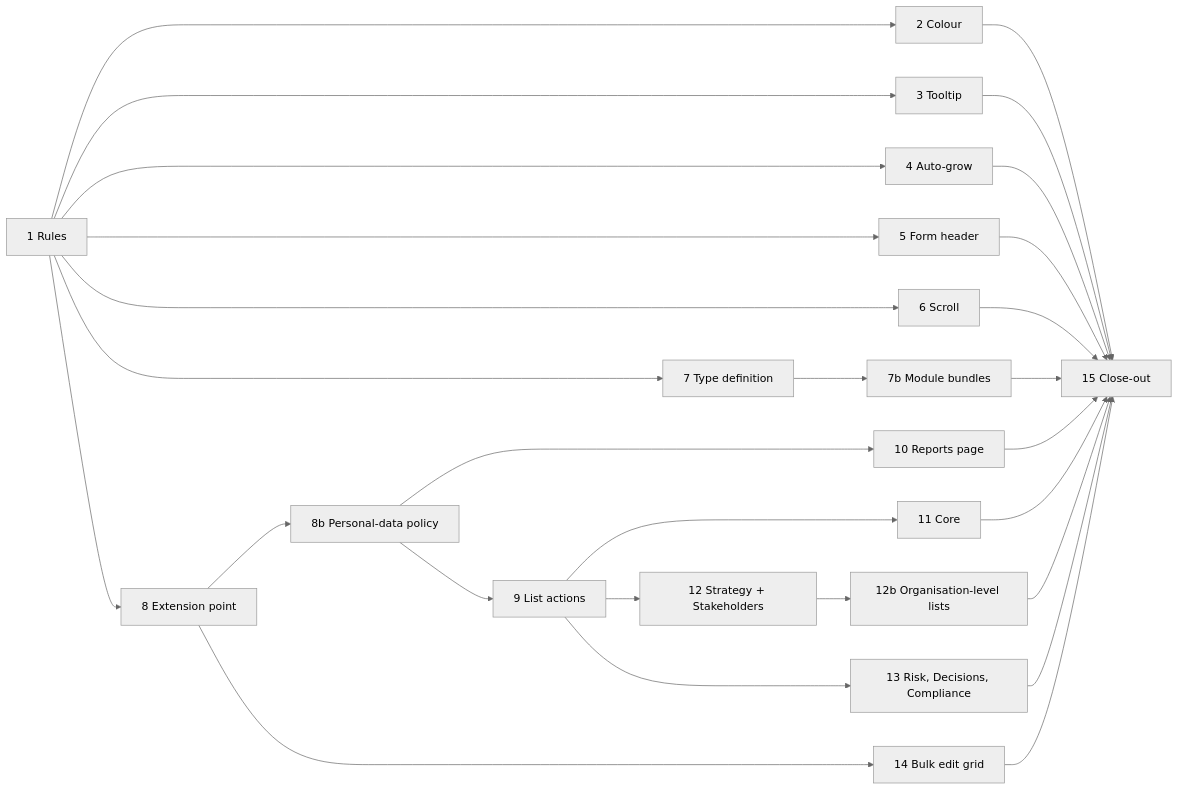
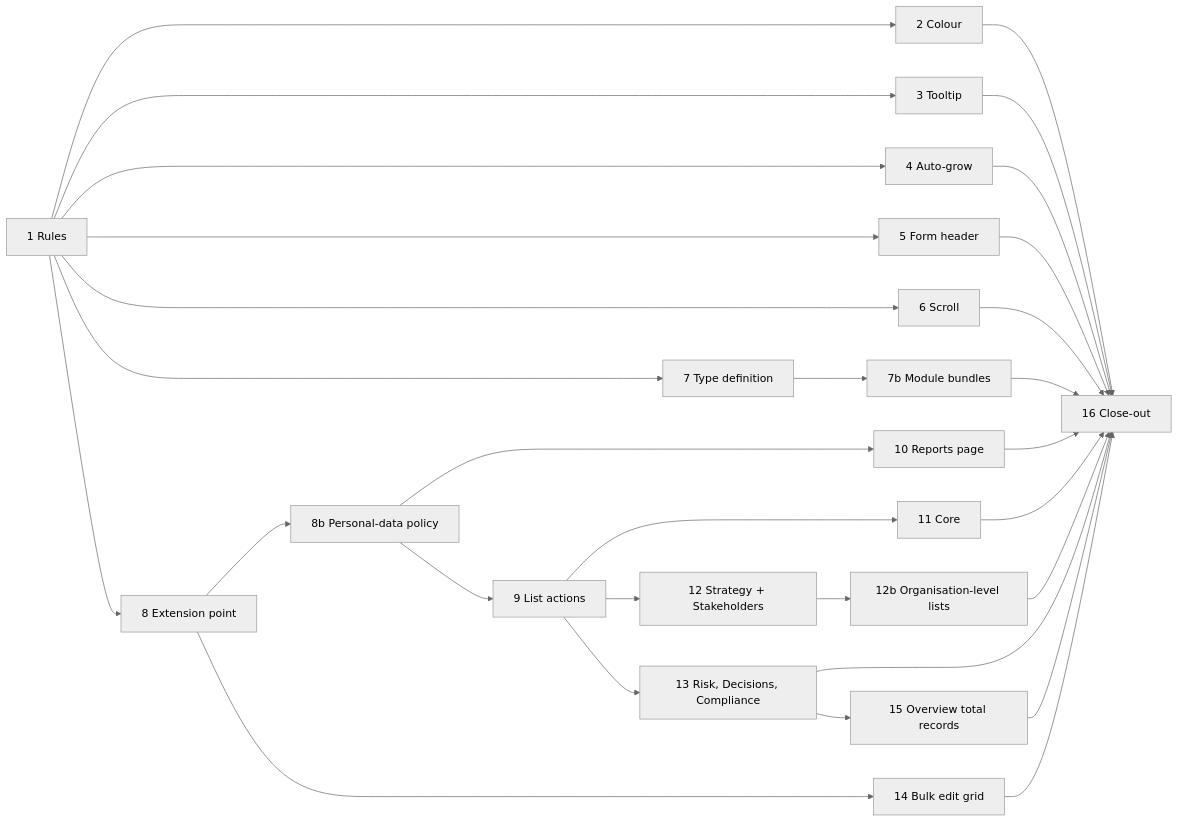
The first of 2 diagrams in docs/plans/list-data-and-form-ux-2026-10-plan.md (ballardr/reqtrackmanager), drawn with Mermaid (neutral theme) before and after one commit. The commit also changed other lines of this file and 42 other files, not shown here.

````diff
--- a/docs/plans/list-data-and-form-ux-2026-10-plan.md
+++ b/docs/plans/list-data-and-form-ux-2026-10-plan.md
@@ -32,30 +33,32 @@
 ```mermaid
 flowchart LR
     P1["1 Rules"] --> P2["2 Colour"]
     P1 --> P3["3 Tooltip"]
     P1 --> P4["4 Auto-grow"]
     P1 --> P5["5 Form header"]
     P1 --> P6["6 Scroll"]
     P1 --> P7["7 Type definition"]
     P7 --> P7b["7b Module bundles"]
     P1 --> P8["8 Extension point"]
     P8 --> P8b["8b Personal-data policy"]
     P8b --> P9["9 List actions"]
     P8b --> P10["10 Reports page"]
     P9 --> P11["11 Core"]
     P9 --> P12["12 Strategy + Stakeholders"]
     P12 --> P12b["12b Organisation-level lists"]
     P9 --> P13["13 Risk, Decisions, Compliance"]
+    P13 --> P15["15 Overview total records"]
     P8 --> P14["14 Bulk edit grid"]
-    P2 --> P15["15 Close-out"]
-    P3 --> P15
-    P4 --> P15
-    P5 --> P15
-    P6 --> P15
-    P7b --> P15
-    P10 --> P15
-    P11 --> P15
-    P12b --> P15
-    P13 --> P15
-    P14 --> P15
+    P2 --> P16["16 Close-out"]
+    P3 --> P16
+    P4 --> P16
+    P5 --> P16
+    P6 --> P16
+    P7b --> P16
+    P10 --> P16
+    P11 --> P16
+    P12b --> P16
+    P13 --> P16
+    P15 --> P16
+    P14 --> P16
 ```
````
